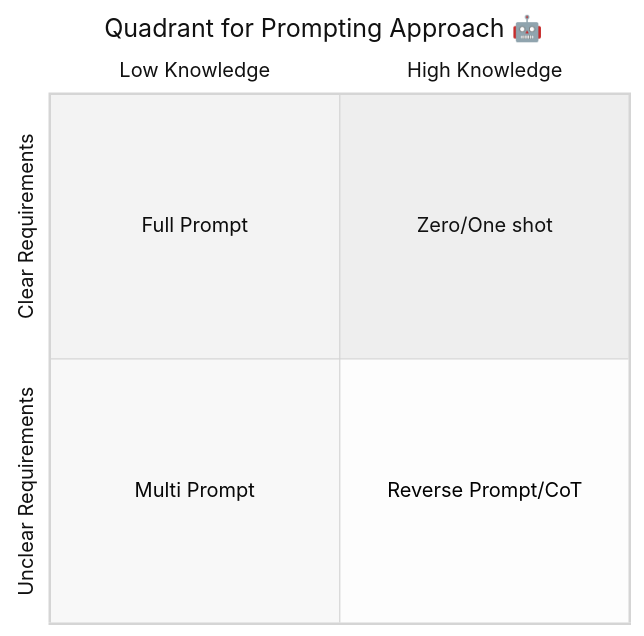
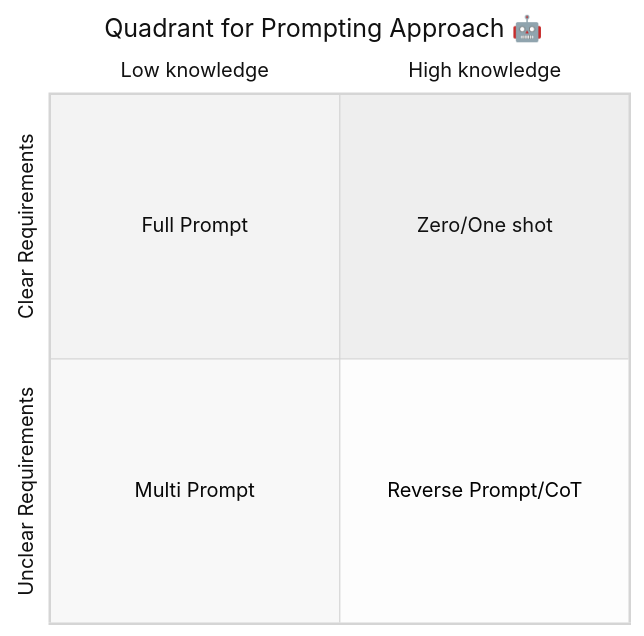
The diagram in README.md (ovas04/quadrant-dev-prompt-engineering), drawn with Mermaid (neutral theme) before and after one commit. The commit also changed other lines of this file, not shown here.

````diff
--- a/README.md
+++ b/README.md
@@ -18,10 +17,10 @@
 ```mermaid
 quadrantChart
     title Quadrant for Prompting Approach 🤖
-    x-axis Low Knowledge --> High Knowledge
+    x-axis Low knowledge --> High knowledge
     y-axis Unclear Requirements --> Clear Requirements
     quadrant-1 Zero/One shot 
     quadrant-2 Full Prompt 
     quadrant-3 Multi Prompt
     quadrant-4 Reverse Prompt/CoT 
 ```
````
